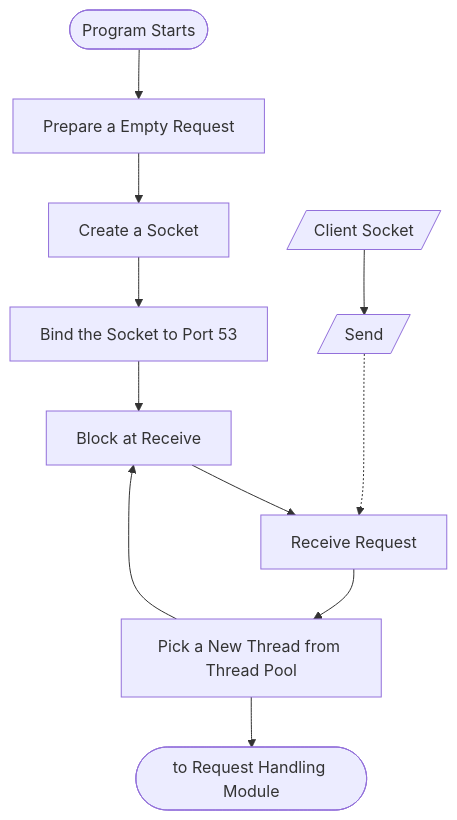
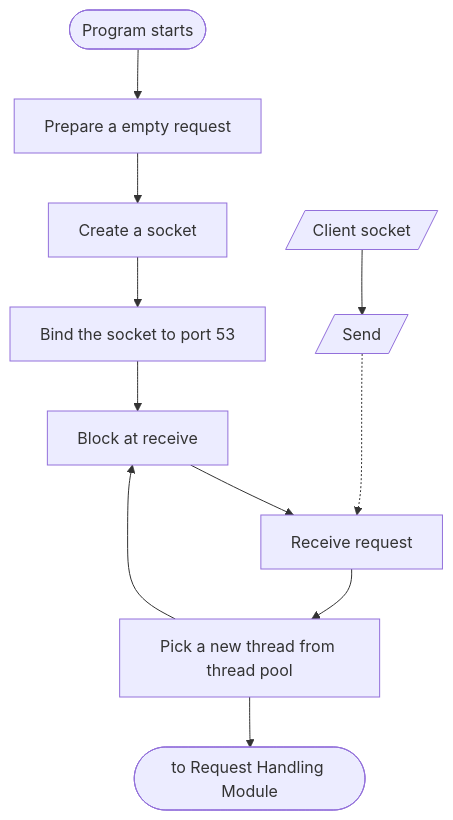
The fifth of 7 diagrams in docs/report.md (JerryZhangZZY/DnsRelay), drawn with Mermaid before and after one commit. The commit also changed other lines of this file, not shown here.

````diff
--- a/docs/report.md
+++ b/docs/report.md
@@ -375,22 +375,22 @@
 ```mermaid
 flowchart TB
 
-st([Program Starts])
-1[Prepare a Empty Request]
-2[Create a Socket]
-3[Bind the Socket to Port 53]
-4[Block at Receive]
-5[Receive Request]
-6[Pick a New Thread from Thread Pool]
+st([Program starts])
+1[Prepare a empty request]
+2[Create a socket]
+3[Bind the socket to port 53]
+4[Block at receive]
+5[Receive request]
+6[Pick a new thread from thread pool]
 7([to Request Handling Module])
 
 st-->1-->2-->3-->4-->5-->6-->4
 6-->7
 
-11[/Client Socket/]
+11[/Client socket/]
 12[/Send/]
 
 11-->12
 12-..->5
 
 ```
````
